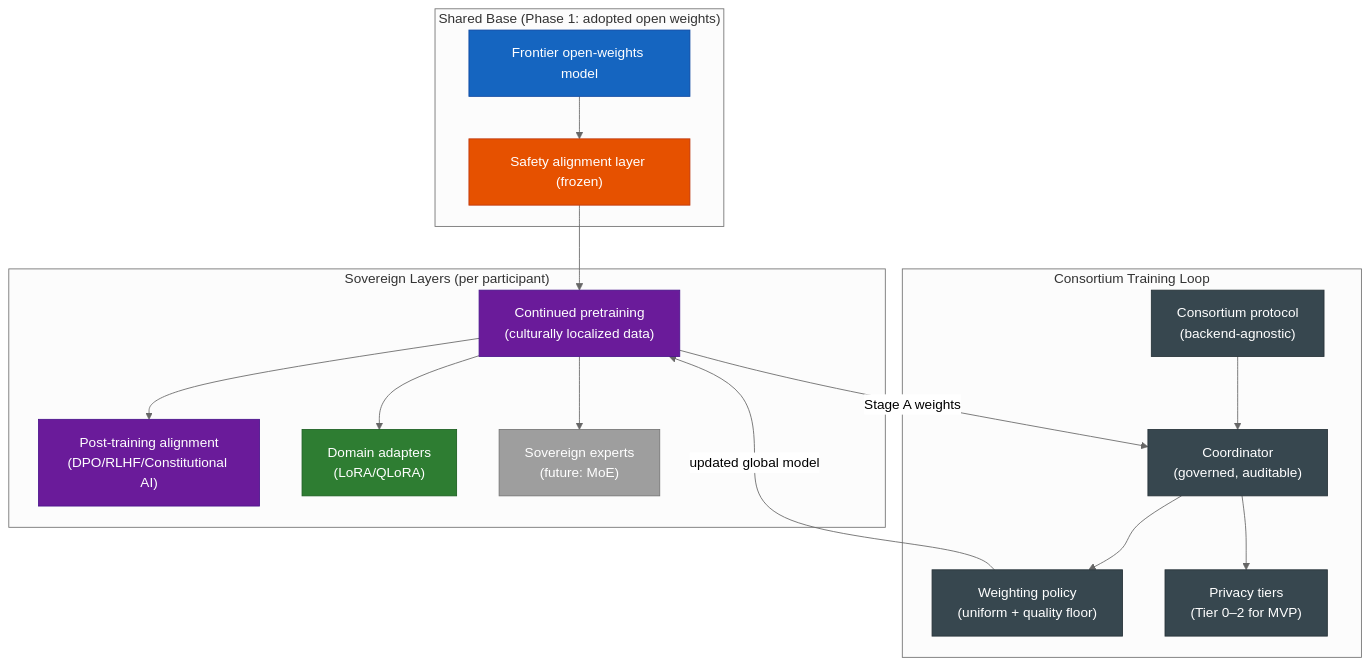
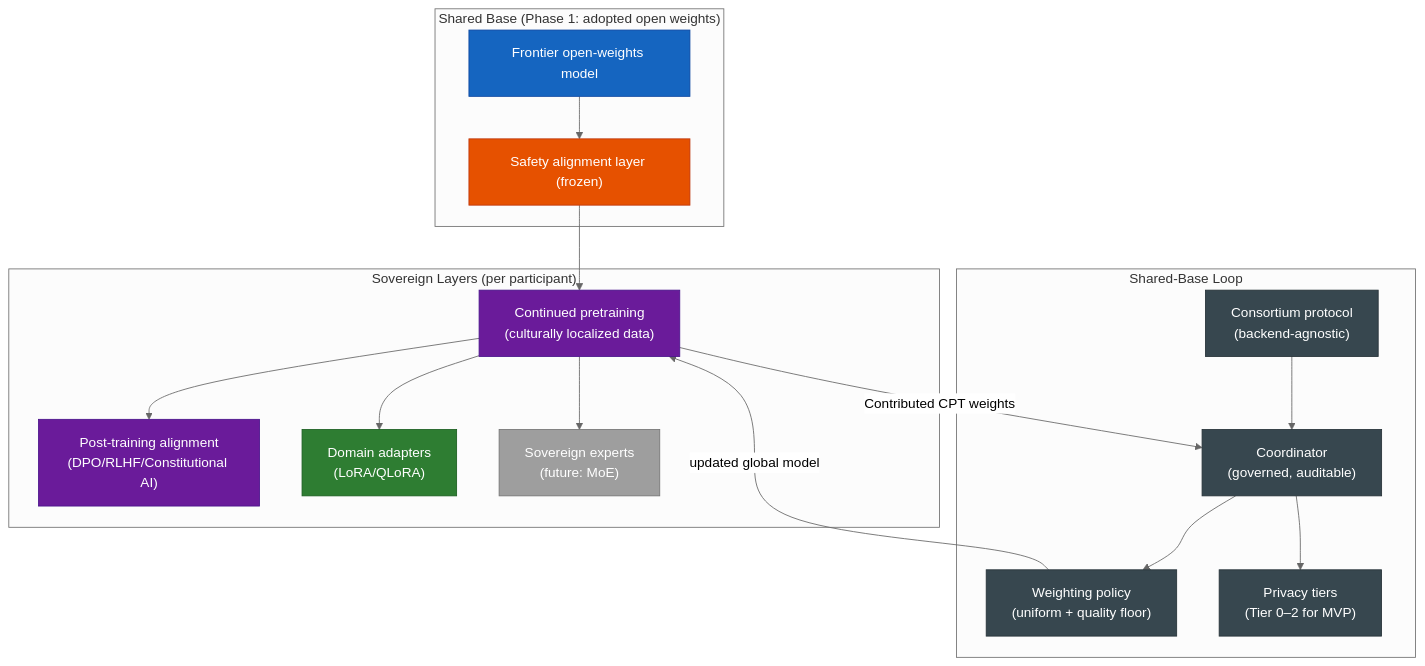
Before and after one commit to The-AI-Alliance/tapestry: the second of 2 diagrams in tech-docs/architecture/5-architectural-options.md, drawn with Mermaid (neutral theme). The commit also changed other lines of this file and 15 other files, not shown here.

First line of the commit message:
docs: consortium-training terminology consistency + definition consolidation

````diff
--- a/tech-docs/architecture/5-architectural-options.md
+++ b/tech-docs/architecture/5-architectural-options.md
@@ -380,41 +380,41 @@
 ```mermaid
 graph TD
     subgraph Base ["Shared Base (Phase 1: adopted open weights)"]
         BM["Frontier open-weights model"]
         SF["Safety alignment layer (frozen)"]
     end
 
     subgraph Sovereign ["Sovereign Layers (per participant)"]
         CP["Continued pretraining\n(culturally localized data)"]
         AL["Post-training alignment\n(DPO/RLHF/Constitutional AI)"]
         AD["Domain adapters\n(LoRA/QLoRA)"]
         SE["Sovereign experts\n(future: MoE)"]
     end
 
-    subgraph Loop ["Consortium Training Loop"]
+    subgraph Loop ["Shared-Base Loop"]
         FP["Consortium protocol\n(backend-agnostic)"]
         CO["Coordinator\n(governed, auditable)"]
         WP["Weighting policy\n(uniform + quality floor)"]
         DP["Privacy tiers\n(Tier 0–2 for MVP)"]
     end
 
     BM --> SF --> CP --> AL
     CP --> AD
     CP --> SE
-    CP -->|"Stage A weights"| CO
+    CP -->|"Contributed CPT weights"| CO
     CO --> WP
     WP -->|"updated global model"| CP
     FP --> CO
     CO --> DP
 
     style BM fill:#1565c0,stroke:#0d47a1,color:#fff
     style SF fill:#e65100,stroke:#bf360c,color:#fff
     style CP fill:#6a1b9a,stroke:#4a148c,color:#fff
     style AL fill:#6a1b9a,stroke:#4a148c,color:#fff
     style AD fill:#2e7d32,stroke:#1b5e20,color:#fff
     style SE fill:#9e9e9e,stroke:#757575,color:#fff
     style FP fill:#37474f,stroke:#263238,color:#fff
     style CO fill:#37474f,stroke:#263238,color:#fff
     style WP fill:#37474f,stroke:#263238,color:#fff
     style DP fill:#37474f,stroke:#263238,color:#fff
 ```
````
